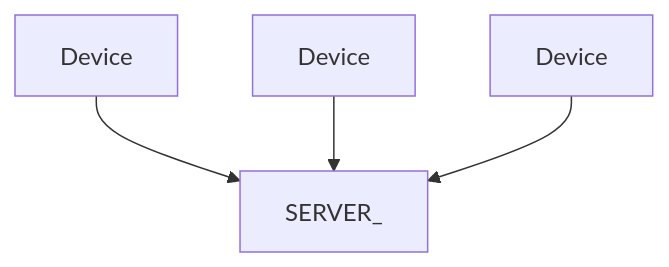
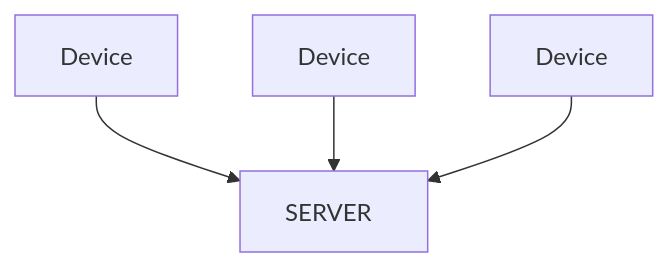
Before and after one commit to e-kucheriavyi/holy-spring-2026-home: the first of 2 diagrams in slides.md, drawn with Mermaid. The commit also changed other lines of this file and 2 other files, not shown here.

````diff
--- a/slides.md
+++ b/slides.md
@@ -865,8 +867,8 @@
 ```mermaid {scale: 1.5}
 flowchart TD
-    Host["SERVER_"]
+    Host["SERVER<span style='opacity: 0;'>_</span>"]
     NodeA["Device"] --> Host
     NodeB["Device"] --> Host
     NodeC["Device"] --> Host
 
 ```
````
